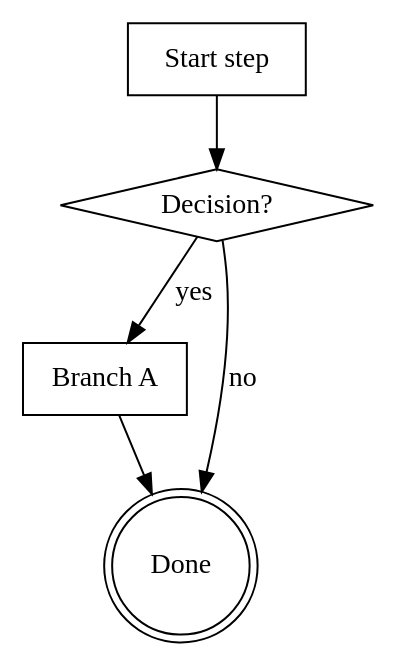
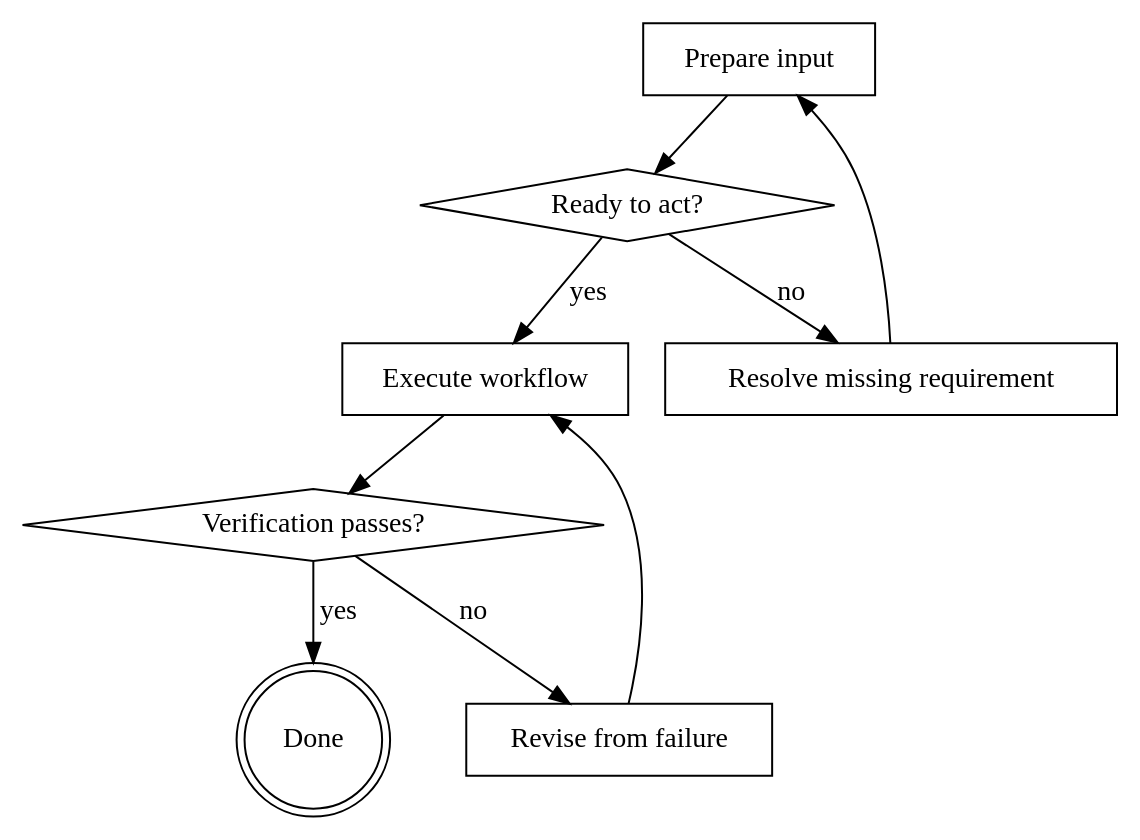
Before and after one commit to waynejing995/wayne-taste: the diagram in wayne-skill-forge/templates/skill-template-procedure.md, drawn with Graphviz. The commit also changed other lines of this file and 19 other files, not shown here.

````diff
--- a/wayne-skill-forge/templates/skill-template-procedure.md
+++ b/wayne-skill-forge/templates/skill-template-procedure.md
@@ -50,15 +29,22 @@
 ```dot
 digraph <name> {
     rankdir=TB;
 
-    "Start step" [shape=box];
-    "Decision?" [shape=diamond];
-    "Branch A" [shape=box];
-    "Done" [shape=doublecircle];
+    A [label="Prepare input", shape=box];
+    B [label="Ready to act?", shape=diamond];
+    C [label="Resolve missing requirement", shape=box];
+    D [label="Execute workflow", shape=box];
+    E [label="Verification passes?", shape=diamond];
+    F [label="Revise from failure", shape=box];
+    G [label="Done", shape=doublecircle];
 
-    "Start step" -> "Decision?";
-    "Decision?" -> "Branch A" [label="yes"];
-    "Decision?" -> "Done" [label="no"];
-    "Branch A" -> "Done";
+    A -> B;
+    B -> C [label="no"];
+    C -> A;
+    B -> D [label="yes"];
+    D -> E;
+    E -> F [label="no"];
+    F -> D;
+    E -> G [label="yes"];
 }
 ```
````
